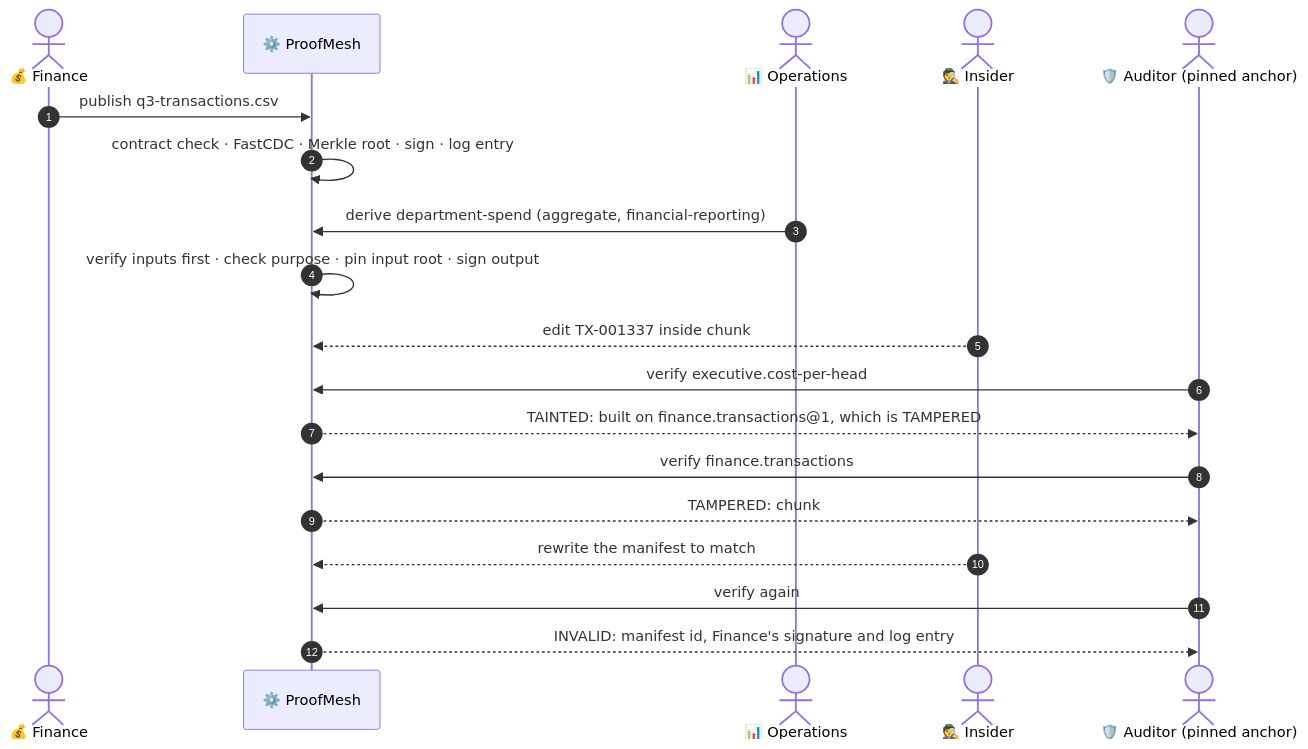
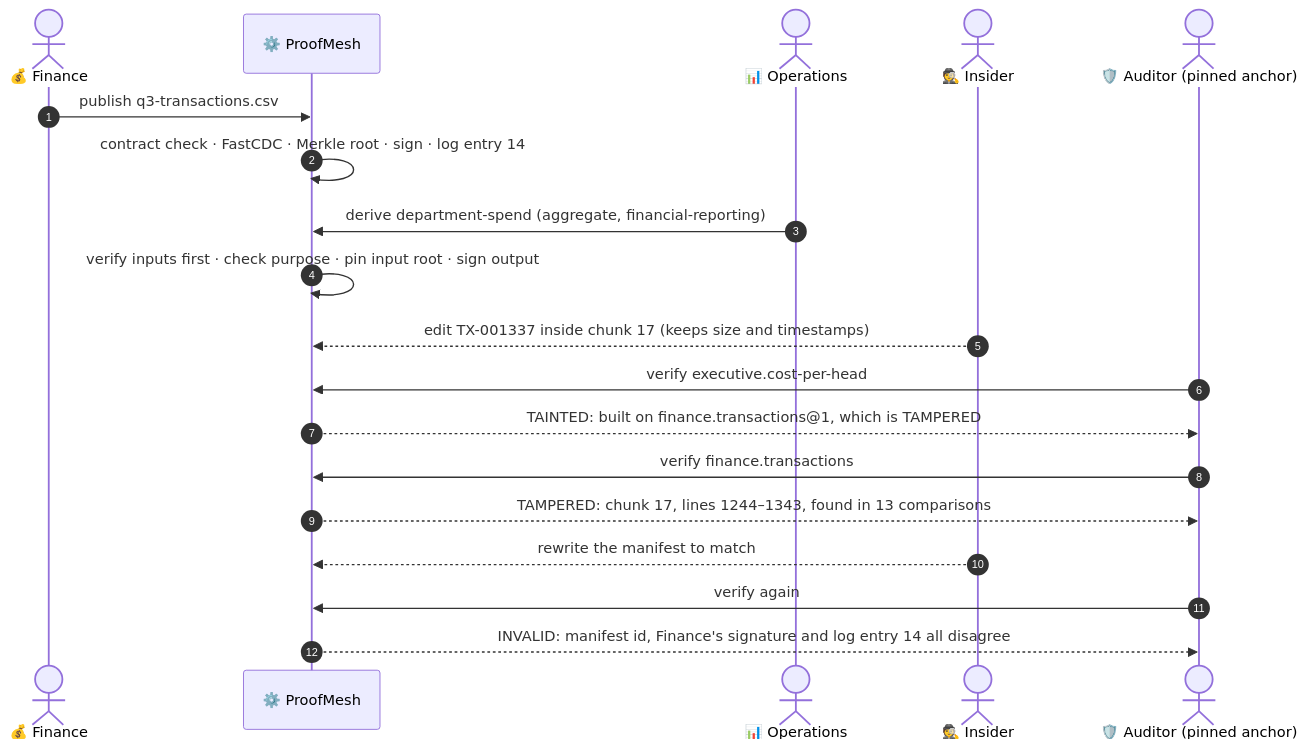
The third of 5 diagrams in README.md (harshh-2505/ProofMesh), drawn with Mermaid before and after one commit. The commit also changed other lines of this file, not shown here.

Commit message:
README: fix sequence diagram labels that Mermaid read as entities
Claude-Session: https://claude.ai/code/session_01VzULLoZXHAqECniYgWTw5S

````diff
--- a/README.md
+++ b/README.md
@@ -230,22 +230,22 @@
 ```mermaid
 sequenceDiagram
     autonumber
     actor F as 💰 Finance
     participant PM as ⚙️ ProofMesh
     actor O as 📊 Operations
     actor I as 🕵️ Insider
     actor A as 🛡️ Auditor (pinned anchor)
 
     F->>PM: publish q3-transactions.csv
-    PM->>PM: contract check · FastCDC · Merkle root · sign · log entry #14
+    PM->>PM: contract check · FastCDC · Merkle root · sign · log entry 14
     O->>PM: derive department-spend (aggregate, financial-reporting)
     PM->>PM: verify inputs first · check purpose · pin input root · sign output
-    I-->>PM: edit TX-001337 inside chunk #17 (keeps size and timestamps)
+    I-->>PM: edit TX-001337 inside chunk 17 (keeps size and timestamps)
     A->>PM: verify executive.cost-per-head
     PM-->>A: TAINTED: built on finance.transactions@1, which is TAMPERED
     A->>PM: verify finance.transactions
-    PM-->>A: TAMPERED: chunk #17, lines 1244–1343, found in 13 comparisons
+    PM-->>A: TAMPERED: chunk 17, lines 1244–1343, found in 13 comparisons
     I-->>PM: rewrite the manifest to match
     A->>PM: verify again
-    PM-->>A: INVALID: manifest id, Finance's signature and log entry #14 all disagree
+    PM-->>A: INVALID: manifest id, Finance's signature and log entry 14 all disagree
 ```
````
